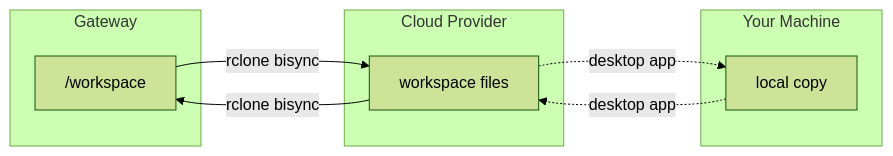
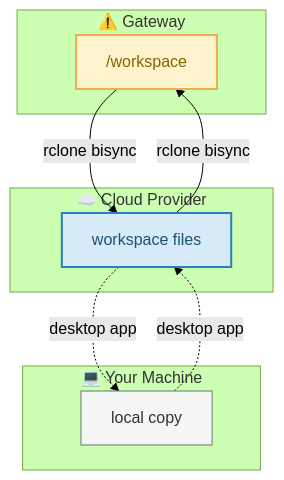
One commit to ashbrener/openclaw-workspace-sync changed the third of 3 diagrams in README.md. Above: the diagram before and after it, drawn with Mermaid (forest theme). The commit also changed other lines of this file, not shown here.

Commit message:
style: restyle mermaid diagrams with color hierarchy and TB layout

````diff
--- a/README.md
+++ b/README.md
@@ -126,16 +144,24 @@
 ```mermaid
-flowchart LR
-    subgraph GW["Gateway"]
+flowchart TB
+    subgraph GW["⚠️ Gateway"]
         WS["/workspace"]
     end
-    subgraph CLOUD["Cloud Provider"]
+    subgraph CLOUD["☁️ Cloud Provider"]
         CF["workspace files"]
     end
-    subgraph LOCAL["Your Machine"]
+    subgraph LOCAL["💻 Your Machine"]
         LM["local copy"]
     end
     WS -- "rclone bisync" --> CF
     CF -- "rclone bisync" --> WS
     CF -. "desktop app" .-> LM
     LM -. "desktop app" .-> CF
+
+    classDef gateway fill:#fff3cd,stroke:#f0ad4e,stroke-width:2px,color:#856404
+    classDef cloud fill:#d6eaf8,stroke:#2980b9,stroke-width:2px,color:#1a5276
+    classDef local fill:#f5f5f5,stroke:#6c757d,stroke-width:1px,color:#333
+
+    class WS gateway
+    class CF cloud
+    class LM local
 ```
````
